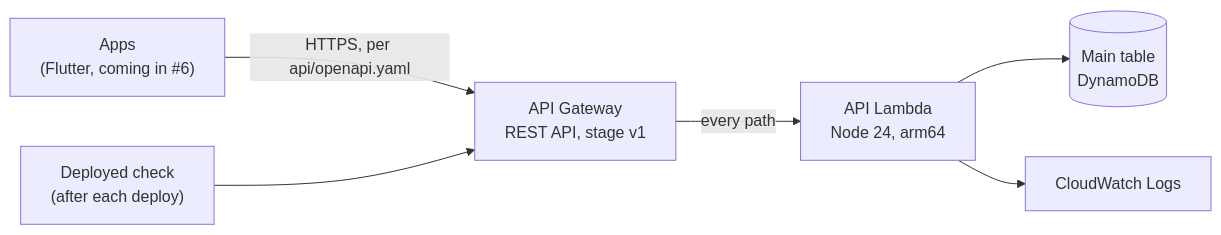
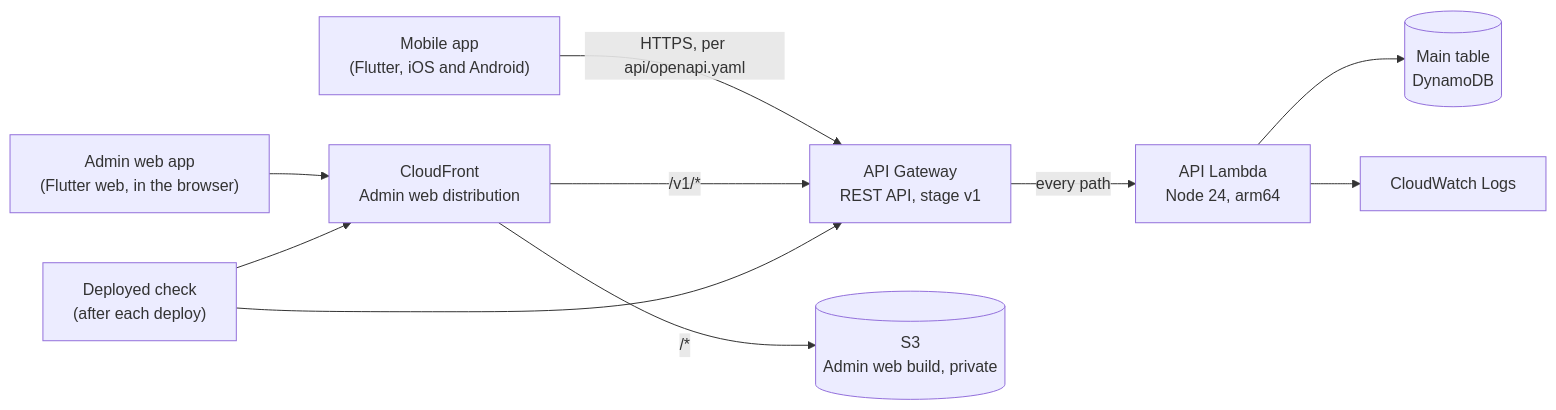
Before and after one commit to rubene/project_dc_management: the diagram in docs/architecture.md, drawn with Mermaid. The commit also changed other lines of this file and 124 other files, not shown here.

First line of the commit message:
Add mobile and Admin web app skeletons with a generated API client

````diff
--- a/docs/architecture.md
+++ b/docs/architecture.md
@@ -5,8 +5,12 @@
 ```mermaid
 flowchart LR
-  apps["Apps<br/>(Flutter, coming in #6)"] -->|HTTPS, per api/openapi.yaml| apigw["API Gateway<br/>REST API, stage v1"]
+  mobile["Mobile app<br/>(Flutter, iOS and Android)"] -->|HTTPS, per api/openapi.yaml| apigw["API Gateway<br/>REST API, stage v1"]
+  browser["Admin web app<br/>(Flutter web, in the browser)"] --> cf["CloudFront<br/>Admin web distribution"]
+  cf -->|"/*"| bucket[("S3<br/>Admin web build, private")]
+  cf -->|"/v1/*"| apigw
   check["Deployed check<br/>(after each deploy)"] --> apigw
+  check --> cf
   apigw -->|every path| fn["API Lambda<br/>Node 24, arm64"]
   fn --> table[("Main table<br/>DynamoDB")]
   fn --> logs["CloudWatch Logs"]
 ```
````
